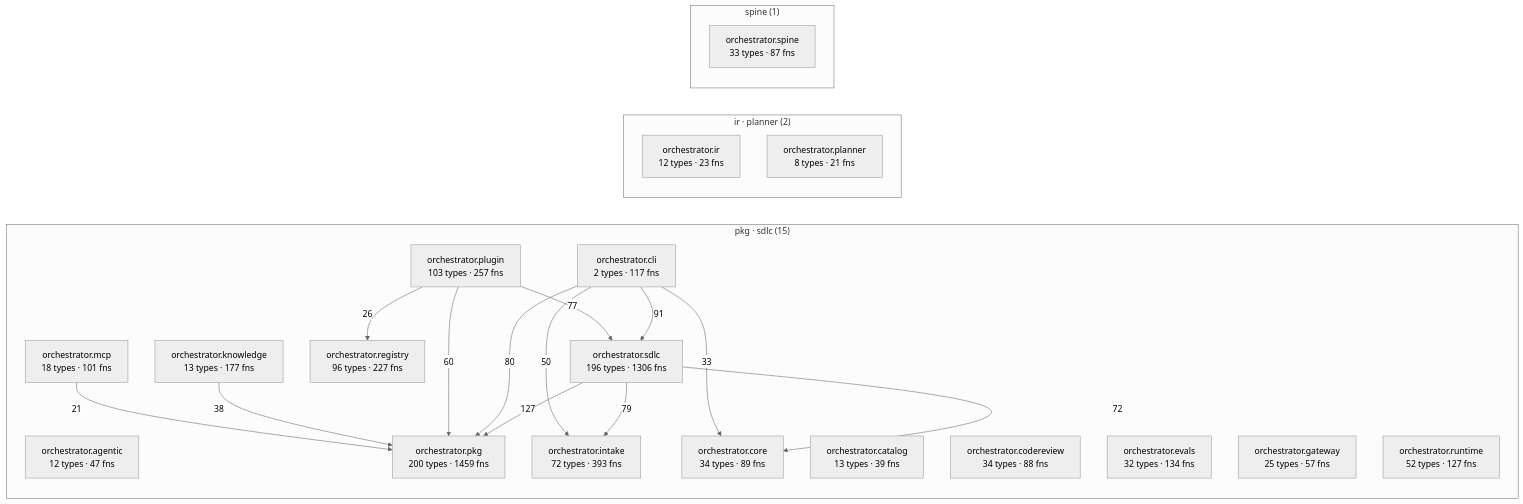
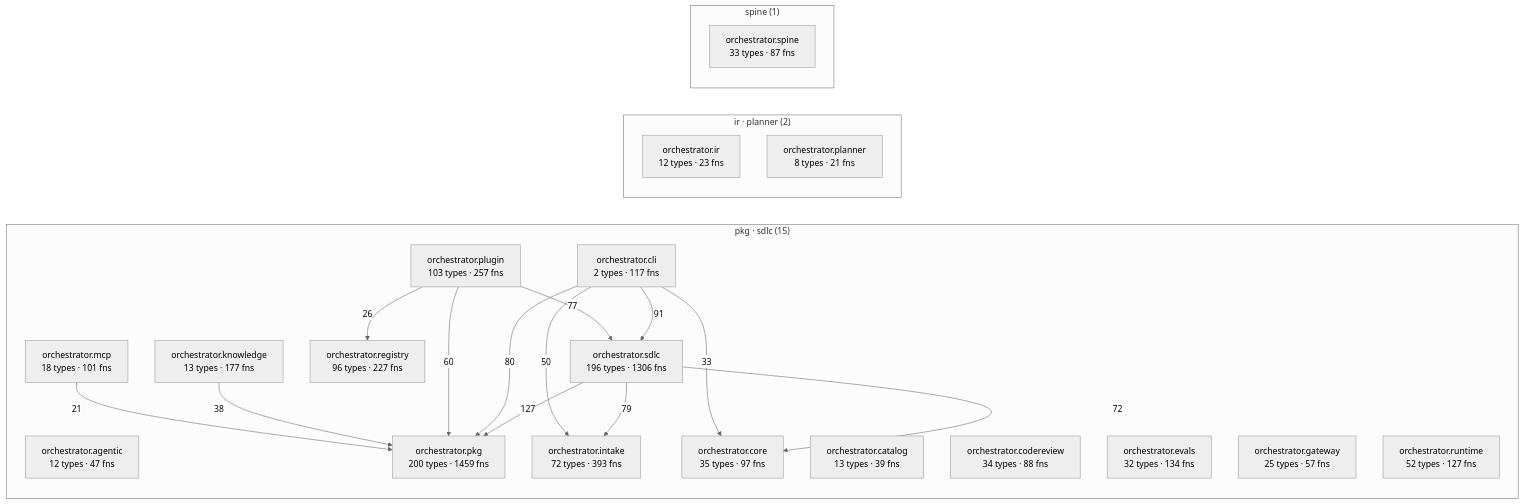
One commit to synaptixs/spine changed the diagram in episteme/architecture.md. Above: the diagram before and after it, drawn with Mermaid (neutral theme). The commit also changed other lines of this file and 24 other files, not shown here.

````diff
--- a/episteme/architecture.md
+++ b/episteme/architecture.md
@@ -56,39 +56,39 @@
 ```mermaid
 flowchart LR
   subgraph c_2["pkg · sdlc (15)"]
     aorchestratoragentic["orchestrator.agentic<br/>12 types · 47 fns"]
     aorchestratorcatalog["orchestrator.catalog<br/>13 types · 39 fns"]
     aorchestratorcli["orchestrator.cli<br/>2 types · 117 fns"]
     aorchestratorcodereview["orchestrator.codereview<br/>34 types · 88 fns"]
-    aorchestratorcore["orchestrator.core<br/>34 types · 89 fns"]
+    aorchestratorcore["orchestrator.core<br/>35 types · 97 fns"]
     aorchestratorevals["orchestrator.evals<br/>32 types · 134 fns"]
     aorchestratorgateway["orchestrator.gateway<br/>25 types · 57 fns"]
     aorchestratorintake["orchestrator.intake<br/>72 types · 393 fns"]
     aorchestratorknowledge["orchestrator.knowledge<br/>13 types · 177 fns"]
     aorchestratormcp["orchestrator.mcp<br/>18 types · 101 fns"]
     aorchestratorpkg["orchestrator.pkg<br/>200 types · 1459 fns"]
     aorchestratorplugin["orchestrator.plugin<br/>103 types · 257 fns"]
     aorchestratorregistry["orchestrator.registry<br/>96 types · 227 fns"]
     aorchestratorruntime["orchestrator.runtime<br/>52 types · 127 fns"]
     aorchestratorsdlc["orchestrator.sdlc<br/>196 types · 1306 fns"]
   end
   subgraph c_6["ir · planner (2)"]
     aorchestratorir["orchestrator.ir<br/>12 types · 23 fns"]
     aorchestratorplanner["orchestrator.planner<br/>8 types · 21 fns"]
   end
   subgraph c_12["spine (1)"]
     aorchestratorspine["orchestrator.spine<br/>33 types · 87 fns"]
   end
   aorchestratorsdlc -->|127| aorchestratorpkg
   aorchestratorcli -->|91| aorchestratorsdlc
   aorchestratorcli -->|80| aorchestratorpkg
   aorchestratorsdlc -->|79| aorchestratorintake
   aorchestratorplugin -->|77| aorchestratorsdlc
   aorchestratorsdlc -->|72| aorchestratorcore
   aorchestratorplugin -->|60| aorchestratorpkg
   aorchestratorcli -->|50| aorchestratorintake
   aorchestratorknowledge -->|38| aorchestratorpkg
   aorchestratorcli -->|33| aorchestratorcore
   aorchestratorplugin -->|26| aorchestratorregistry
   aorchestratormcp -->|21| aorchestratorpkg
 ```
````
